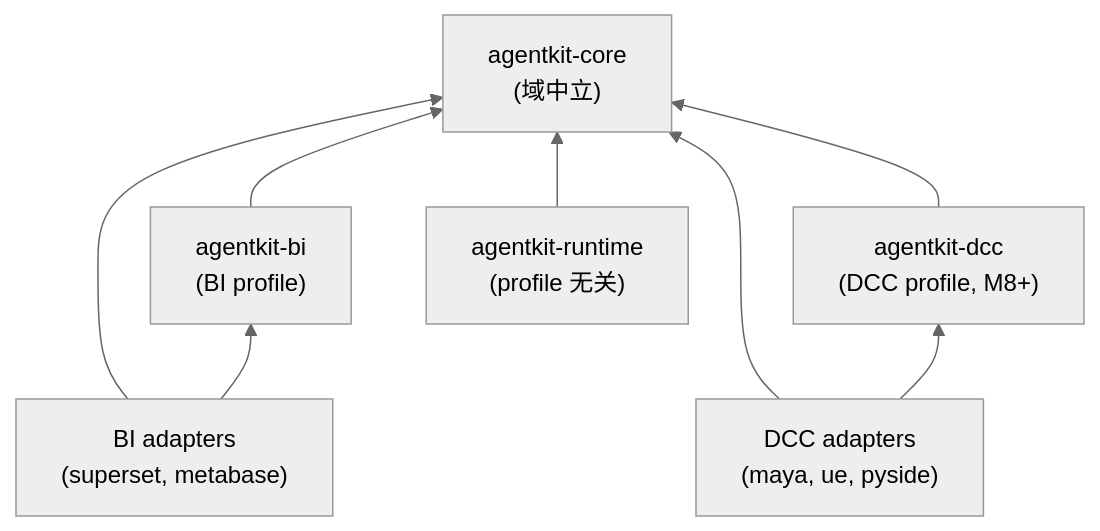
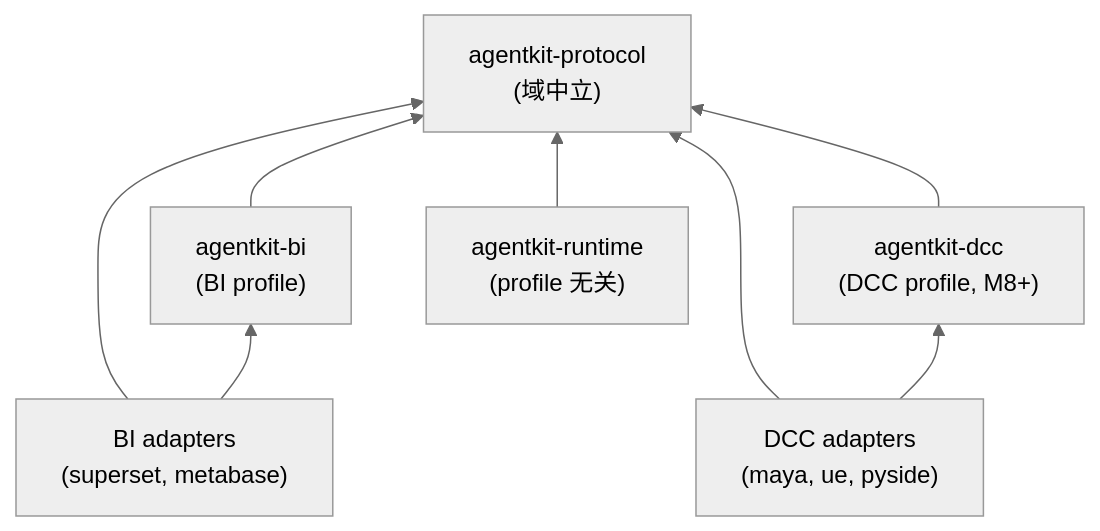
One commit to ShawnDen-coder/agentkit changed diagram 13 of 13 in agentkit-architecture.md. Above: the diagram before and after it, drawn with Mermaid (neutral theme). The commit also changed other lines of this file and 25 other files, not shown here.

First line of the commit message:
refactor(protocol): rename to agentkit_protocol, add verb primitives

````diff
--- a/agentkit-architecture.md
+++ b/agentkit-architecture.md
@@ -1077,17 +1077,17 @@
 ```mermaid
 flowchart BT
-    CORE["agentkit-core<br/>(域中立)"]
+    CORE["agentkit-protocol<br/>(域中立)"]
     BI["agentkit-bi<br/>(BI profile)"]
     DCC["agentkit-dcc<br/>(DCC profile, M8+)"]
     RT["agentkit-runtime<br/>(profile 无关)"]
     AD_BI["BI adapters<br/>(superset, metabase)"]
     AD_DCC["DCC adapters<br/>(maya, ue, pyside)"]
 
     BI --> CORE
     DCC --> CORE
     RT --> CORE
     AD_BI --> CORE
     AD_BI --> BI
     AD_DCC --> CORE
     AD_DCC --> DCC
 ```
````
